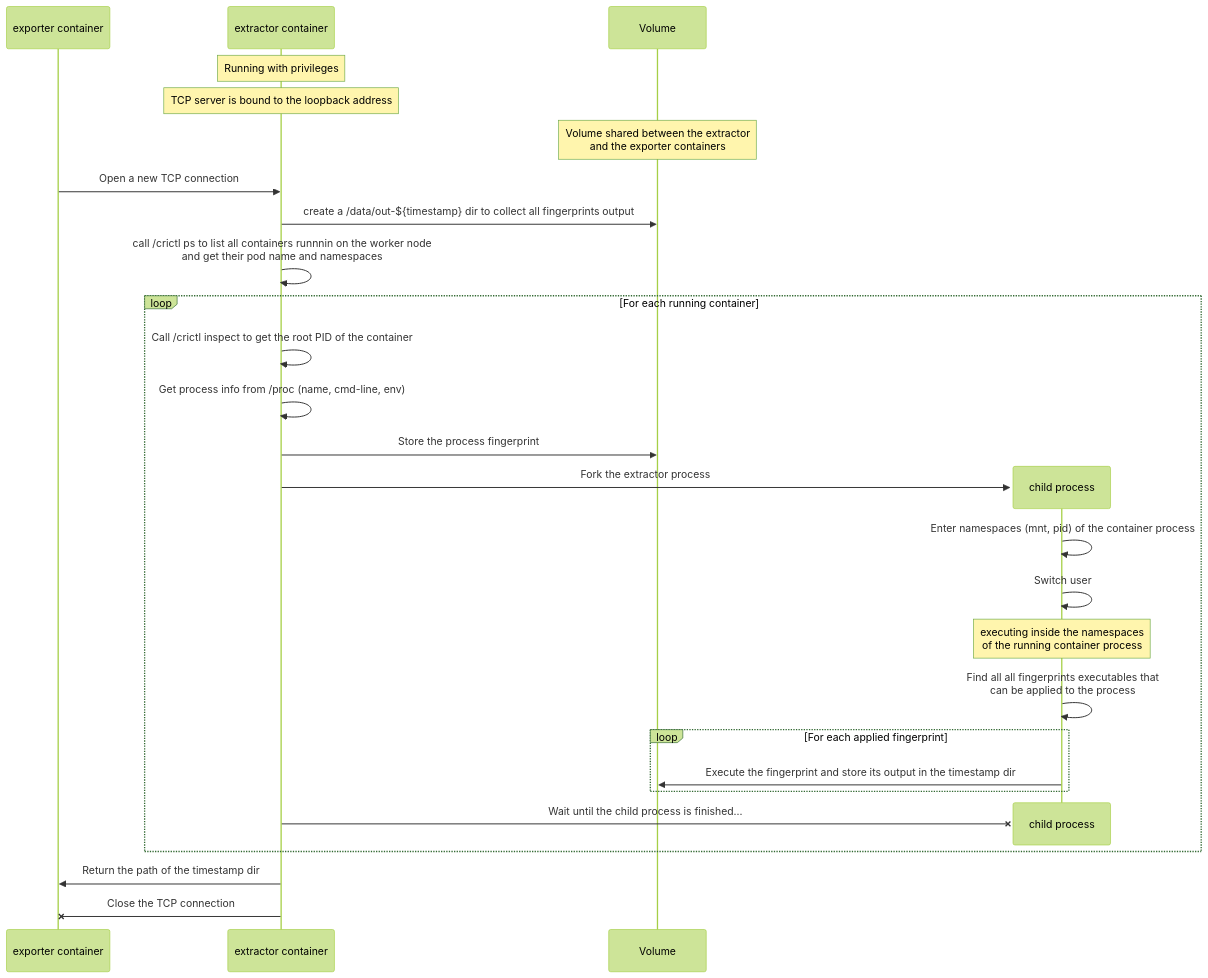
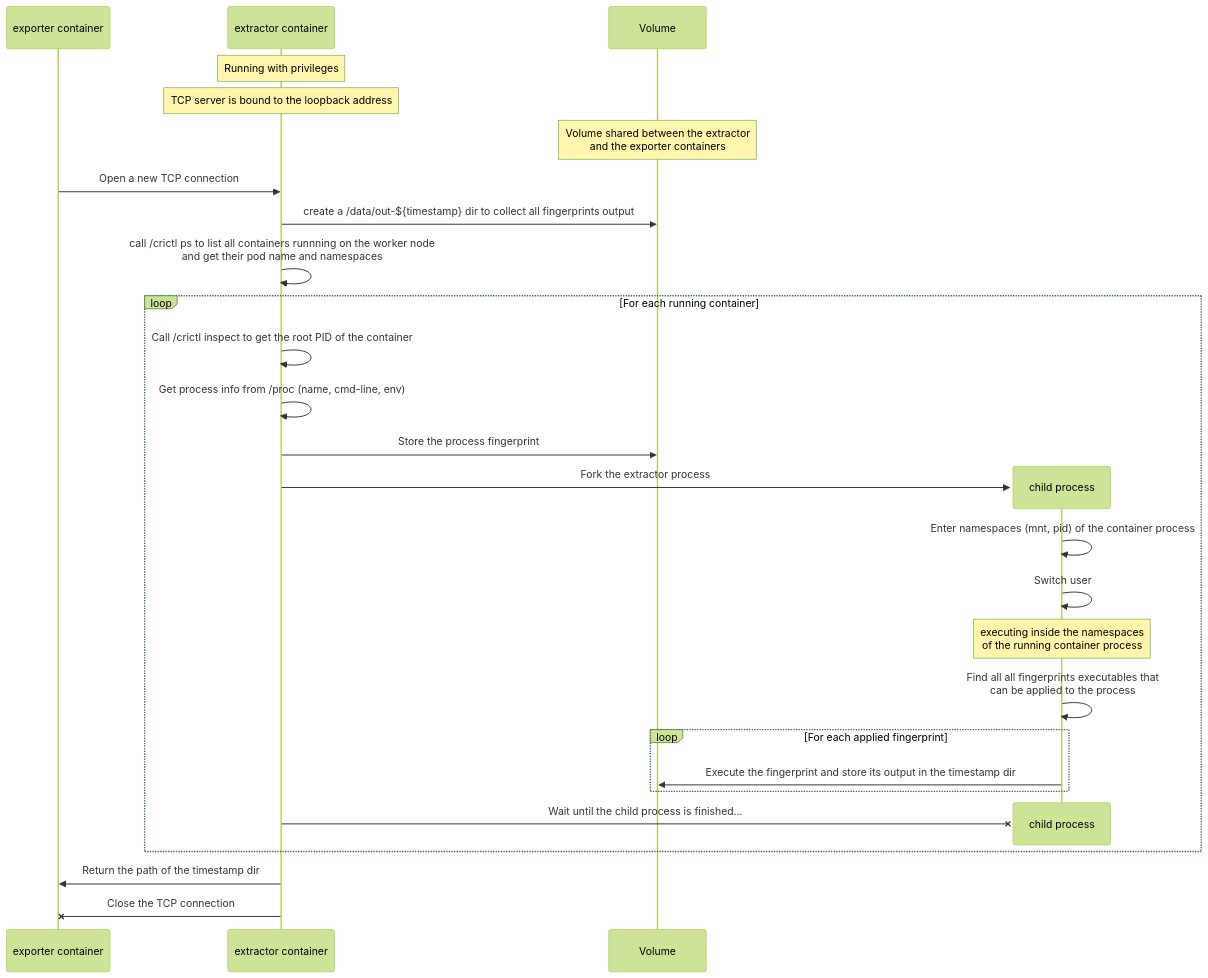
The third of 3 diagrams in enhancements/insights/insights-runtime-extractor.md (openshift/enhancements), drawn with Mermaid (forest theme) before and after one commit. The commit also changed other lines of this file, not shown here.

Commit message:
Clarify the namespaces that are joined

````diff
--- a/enhancements/insights/insights-runtime-extractor.md
+++ b/enhancements/insights/insights-runtime-extractor.md
@@ -384,31 +381,31 @@
 ```mermaid
 sequenceDiagram
     participant EXP as exporter container
     participant IRE as extractor container
     participant V as Volume
 
 Note over IRE: Running with privileges
 Note over IRE: TCP server is bound to the loopback address
 Note over V: Volume shared between the extractor<br>and the exporter containers
 EXP->>IRE: Open a new TCP connection
 IRE->>V: create a /data/out-${timestamp} dir to collect all fingerprints output
-IRE->>IRE: call /crictl ps to list all containers runnnin on the worker node<br>and get their pod name and namespaces
+IRE->>IRE: call /crictl ps to list all containers runnning on the worker node<br>and get their pod name and namespaces
 loop For each running container
     IRE->>IRE: Call /crictl inspect to get the root PID of the container
     IRE->>IRE: Get process info from /proc (name, cmd-line, env)
     IRE->>V: Store the process fingerprint
     create participant C as child process
     IRE->>C: Fork the extractor process
     C->>C: Enter namespaces (mnt, pid) of the container process
     C->>C: Switch user
     Note over C: executing inside the namespaces<br>of the running container process
     C->>C: Find all all fingerprints executables that<br> can be applied to the process
     loop For each applied fingerprint
        C->>V: Execute the fingerprint and store its output in the timestamp dir
     end
     destroy C
     IRE-xC: Wait until the child process is finished...
 end
 IRE->>EXP: Return the path of the timestamp dir
 IRE-xEXP: Close the TCP connection
 ```
````
